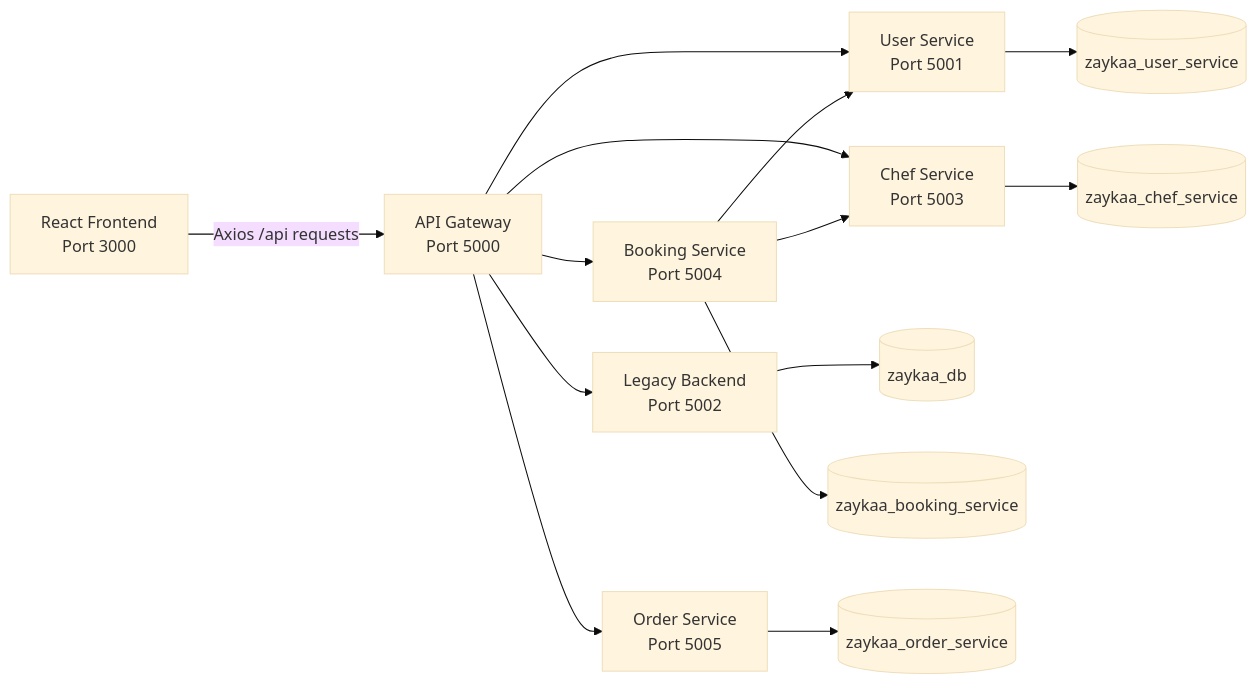
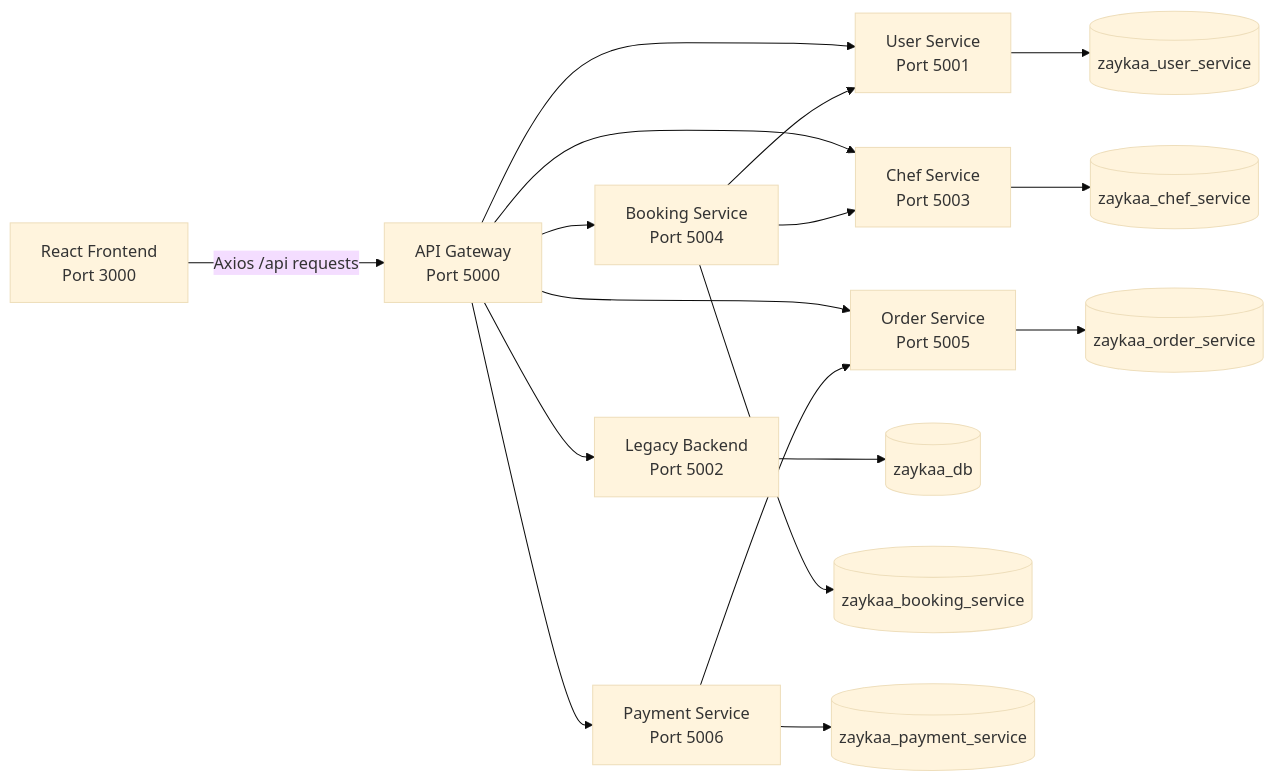
One commit to bestinall/Zaykaa_start changed the first of 2 diagrams in README.md. Above: the diagram before and after it, drawn with Mermaid (base theme). The commit also changed other lines of this file and 2 other files, not shown here.

````diff
--- a/README.md
+++ b/README.md
@@ -58,19 +69,22 @@
 ```mermaid
 flowchart LR
-    A[React Frontend<br/>Port 3000] -->|Axios /api requests| B[API Gateway<br/>Port 5000]
+    FE[React Frontend<br/>Port 3000] -->|Axios /api requests| GW[API Gateway<br/>Port 5000]
 
-    B --> C[User Service<br/>Port 5001]
-    B --> D[Legacy Backend<br/>Port 5002]
-    B --> E[Chef Service<br/>Port 5003]
-    B --> F[Booking Service<br/>Port 5004]
-    B --> G[Order Service<br/>Port 5005]
+    GW --> US[User Service<br/>Port 5001]
+    GW --> LB[Legacy Backend<br/>Port 5002]
+    GW --> CS[Chef Service<br/>Port 5003]
+    GW --> BS[Booking Service<br/>Port 5004]
+    GW --> OS[Order Service<br/>Port 5005]
+    GW --> PS[Payment Service<br/>Port 5006]
 
-    C --> H[(zaykaa_user_service)]
-    D --> I[(zaykaa_db)]
-    E --> J[(zaykaa_chef_service)]
-    F --> K[(zaykaa_booking_service)]
-    G --> L[(zaykaa_order_service)]
+    US --> UDB[(zaykaa_user_service)]
+    LB --> LDB[(zaykaa_db)]
+    CS --> CDB[(zaykaa_chef_service)]
+    BS --> BDB[(zaykaa_booking_service)]
+    OS --> ODB[(zaykaa_order_service)]
+    PS --> PDB[(zaykaa_payment_service)]
 
-    F --> C
-    F --> E
+    BS --> US
+    BS --> CS
+    PS --> OS
 ```
````
